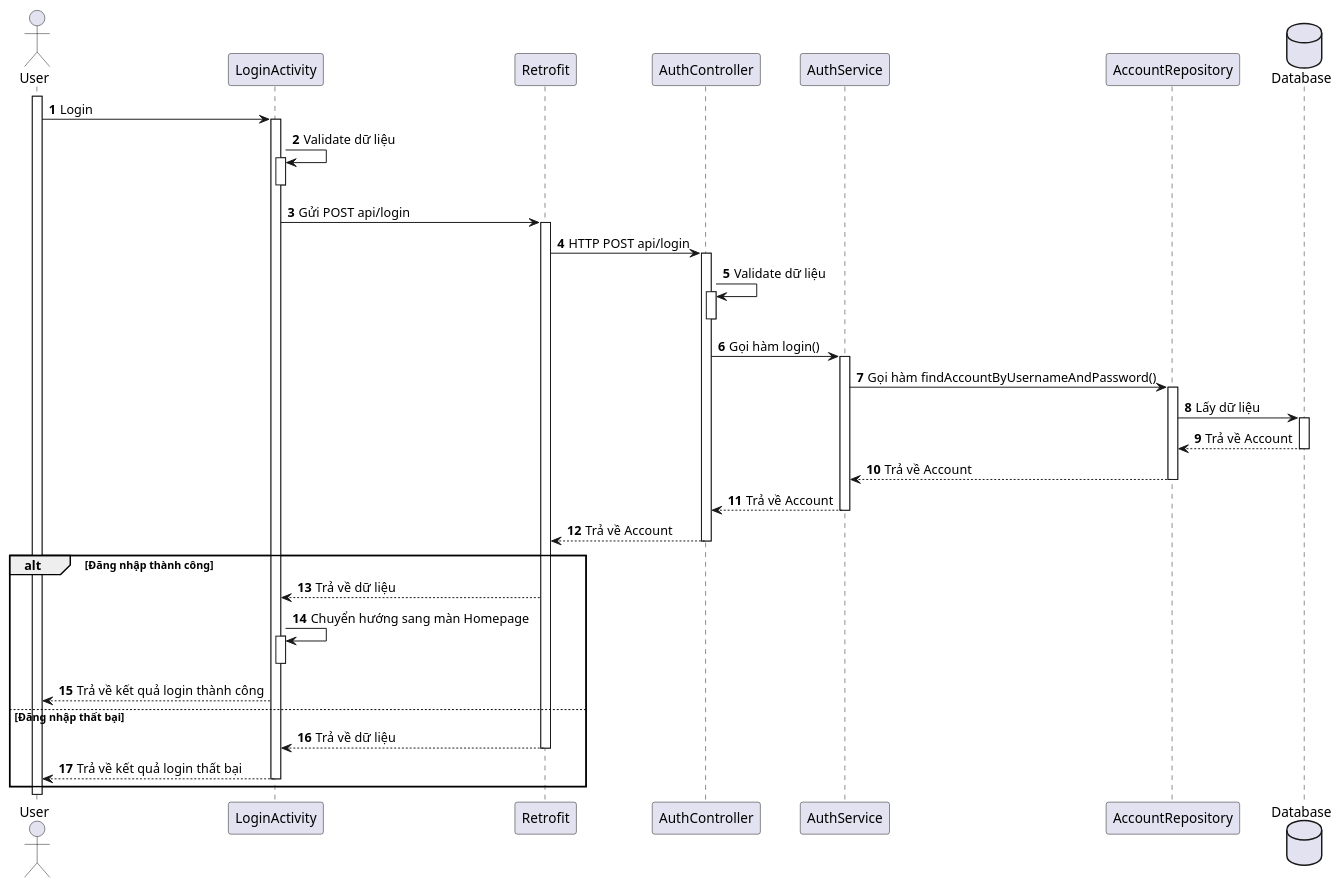
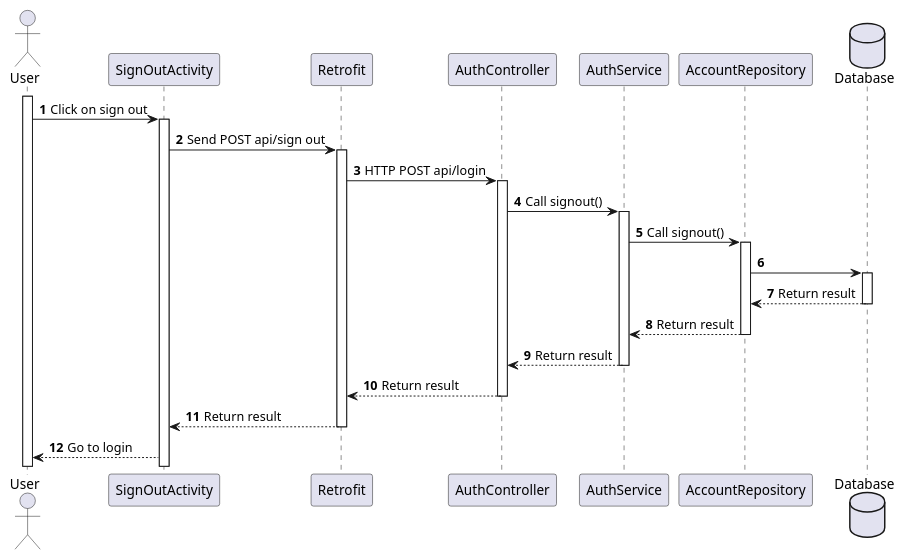
The diagram in japanese-app/plant_uml/[Sequence] Login.puml (Annthe160639/japanese-app), drawn with PlantUML before and after one commit. The commit also changed 8 other files, not shown here.

Commit message:
update sequence

```diff
--- a/japanese-app/plant_uml/[Sequence] Login.puml
+++ b/japanese-app/plant_uml/[Sequence] Login.puml
@@ -1,55 +1,35 @@
 @startuml
 'https://plantuml.com/sequence-diagram
 
 'use case: đăng nhập
 
 actor User
 
-participant LoginActivity as Login
+participant SignOutActivity as SignOut
 participant Retrofit
 participant AuthController
 participant AuthService
 participant AccountRepository
 
 database Database
 
 activate User
 
 autonumber
-User -> Login: Login
-activate Login
-Login -> Login: Validate dữ liệu
-activate Login
-deactivate Login
+User -> SignOut++: Click on sign out
+SignOut -> Retrofit++: Send POST api/sign out
+Retrofit -> AuthController++: HTTP POST api/login
+AuthController -> AuthService++: Call signout()
+AuthService -> AccountRepository++: Call signout()
+AccountRepository -> Database++:
 
-Login -> Retrofit: Gửi POST api/login
-activate Retrofit
-Retrofit -> AuthController++: HTTP POST api/login
-
-AuthController -> AuthController: Validate dữ liệu
-activate AuthController
-deactivate AuthController
-AuthController -> AuthService++: Gọi hàm login()
-AuthService -> AccountRepository++: Gọi hàm findAccountByUsernameAndPassword()
-AccountRepository -> Database++: Lấy dữ liệu
-
-Database --> AccountRepository--: Trả về Account
-AccountRepository --> AuthService--: Trả về Account
-AuthService --> AuthController--: Trả về Account
-AuthController --> Retrofit--: Trả về Account
+Database --> AccountRepository--: Return result
+AccountRepository --> AuthService--: Return result
+AuthService --> AuthController--: Return result
+AuthController --> Retrofit--: Return result
+Retrofit-->SignOut--: Return result
+SignOut-->User:Go to login
 
 
-alt Đăng nhập thành công
-    Retrofit --> Login: Trả về dữ liệu
-    Login -> Login: Chuyển hướng sang màn Homepage
-    activate Login
-    deactivate Login
-    Login --> User: Trả về kết quả login thành công
 
-else Đăng nhập thất bại
-    Retrofit --> Login: Trả về dữ liệu
-    deactivate Retrofit
-    Login --> User: Trả về kết quả login thất bại
-    deactivate Login
-    end
 @enduml
```
